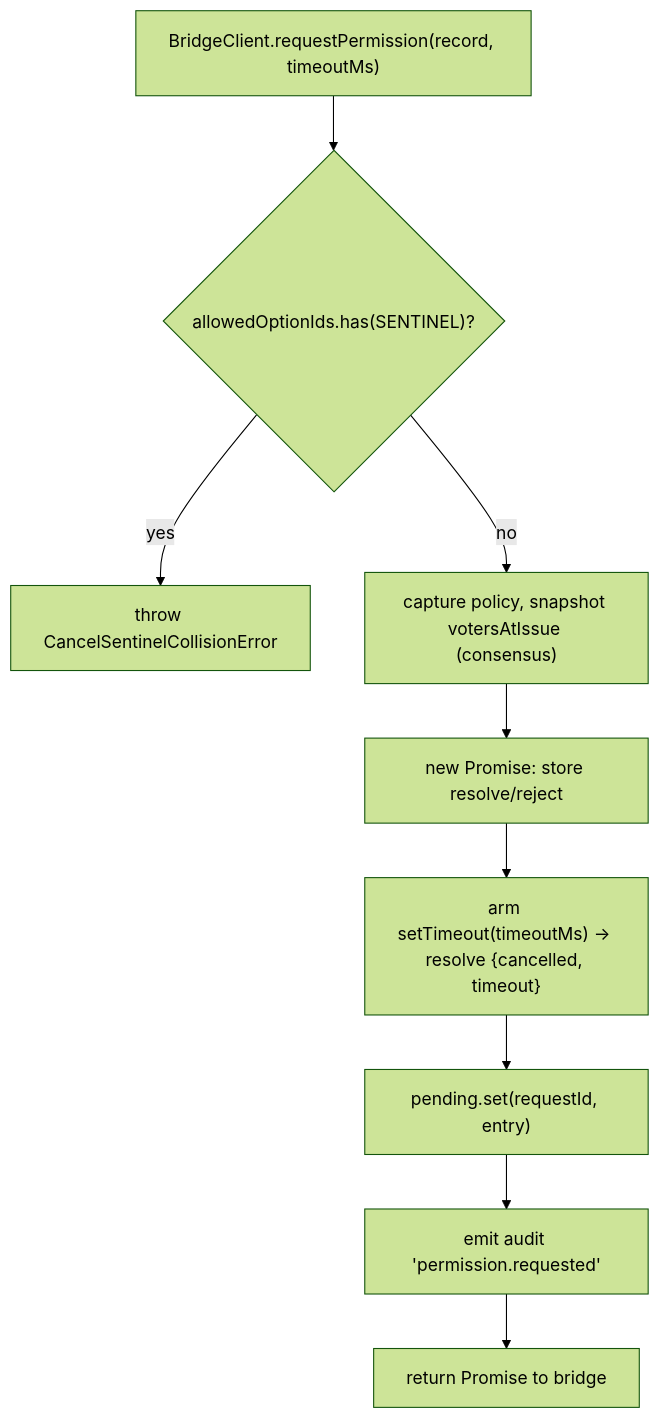
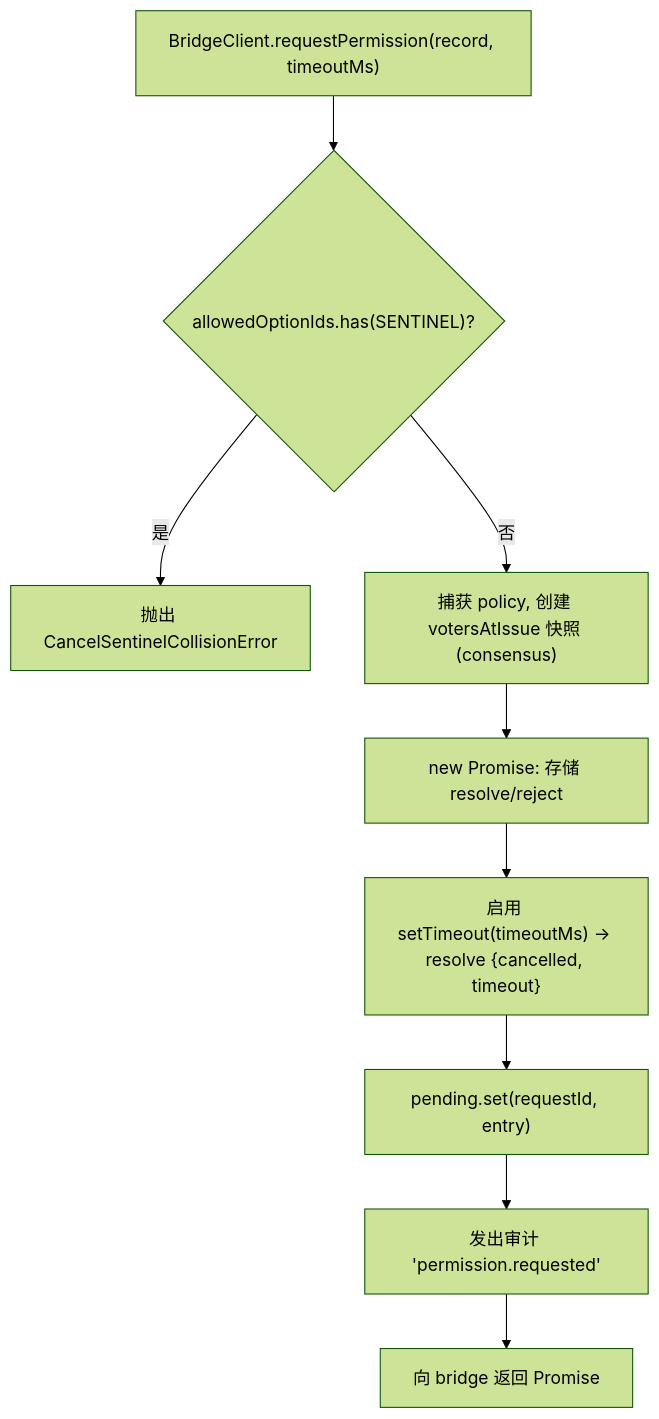
One commit to QwenLM/qwen-code-docs changed the first of 2 diagrams in website/content/zh/developers/daemon/04-permission-mediation.md. Above: the diagram before and after it, drawn with Mermaid (forest theme). The commit also changed other lines of this file and 1077 other files, not shown here.

````diff
--- a/website/content/zh/developers/daemon/04-permission-mediation.md
+++ b/website/content/zh/developers/daemon/04-permission-mediation.md
@@ -105,11 +103,11 @@
 ```mermaid
 flowchart TD
     A["BridgeClient.requestPermission(record, timeoutMs)"] --> B{"allowedOptionIds.has(SENTINEL)?"}
-    B -->|yes| C["throw CancelSentinelCollisionError"]
-    B -->|no| D["capture policy, snapshot votersAtIssue (consensus)"]
-    D --> E["new Promise: store resolve/reject"]
-    E --> F["arm setTimeout(timeoutMs) → resolve {cancelled, timeout}"]
+    B -->|是| C["抛出 CancelSentinelCollisionError"]
+    B -->|否| D["捕获 policy, 创建 votersAtIssue 快照 (consensus)"]
+    D --> E["new Promise: 存储 resolve/reject"]
+    E --> F["启用 setTimeout(timeoutMs) → resolve {cancelled, timeout}"]
     F --> G["pending.set(requestId, entry)"]
-    G --> H["emit audit 'permission.requested'"]
-    H --> I["return Promise to bridge"]
+    G --> H["发出审计 'permission.requested'"]
+    H --> I["向 bridge 返回 Promise"]
 ```
````
